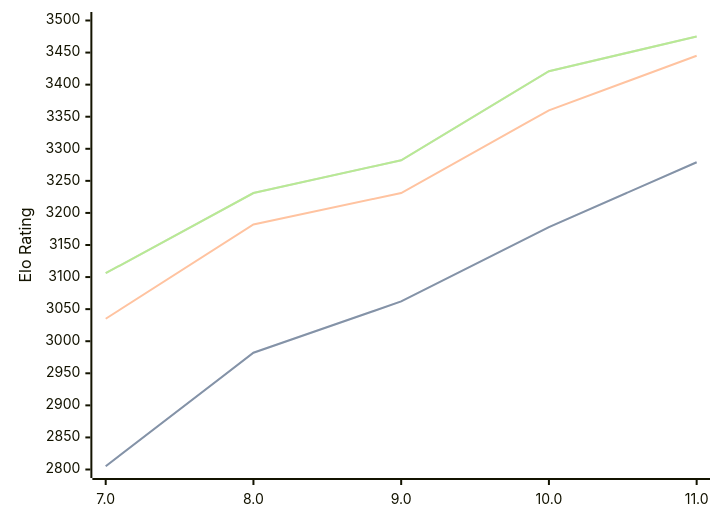
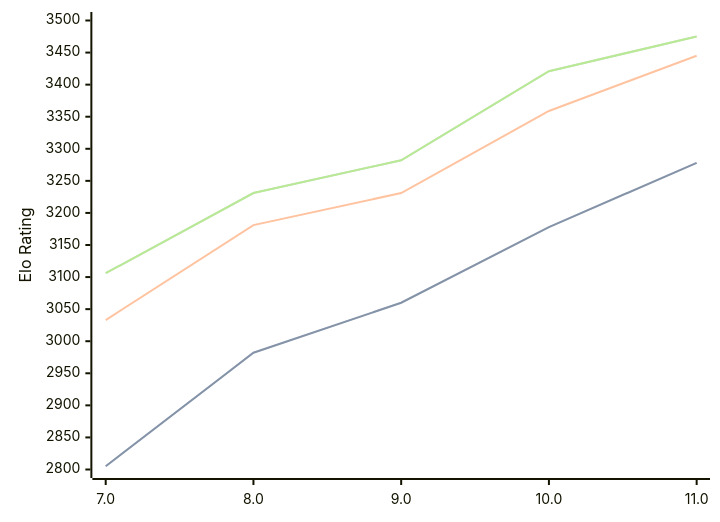
Before and after one commit to computer-chess-index/cci: the diagram in engines/Tcheran.md, drawn with Mermaid. The commit also changed other lines of this file, not shown here.

````diff
--- a/engines/Tcheran.md
+++ b/engines/Tcheran.md
@@ -47,11 +47,11 @@
 ```mermaid
 %%{init: {"theme":"base","themeVariables":{"seriesColors:['#a3a3a3','#222221','#faa371']}}}%%
 xychart-beta
   x-axis ["7.0", "8.0", "9.0", "10.0", "11.0"]
   y-axis "Elo Rating" 2800 --> 3500
-  line "STC (8.0+0.08s)" [2805, 2982, 3062, 3178, 3279]
-  line "STC (8.0+0.08s)" [2805, 2982, 3062, 3178, 3279]
-  line "LTC (60.0+0.60s)" [3035, 3182, 3231, 3360, 3445]
+  line "STC (8.0+0.08s)" [2805, 2982, 3060, 3178, 3278]
+  line "STC (8.0+0.08s)" [2805, 2982, 3060, 3178, 3278]
+  line "LTC (60.0+0.60s)" [3033, 3181, 3231, 3359, 3445]
   line "VLTC (2m24s+1.12s)" [3106, 3231, 3282, 3421, 3475]
   line "VLTC (2m24s+1.12s)" [3106, 3231, 3282, 3421, 3475]
 ```
````
